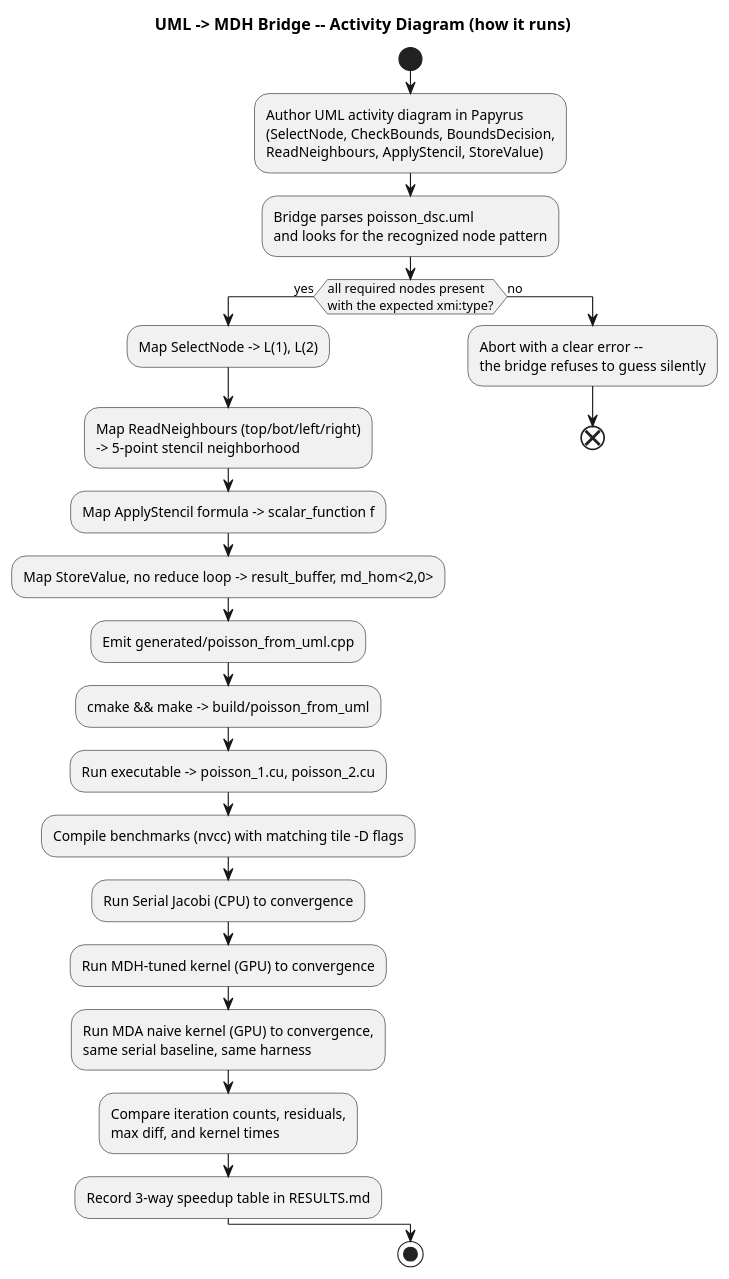
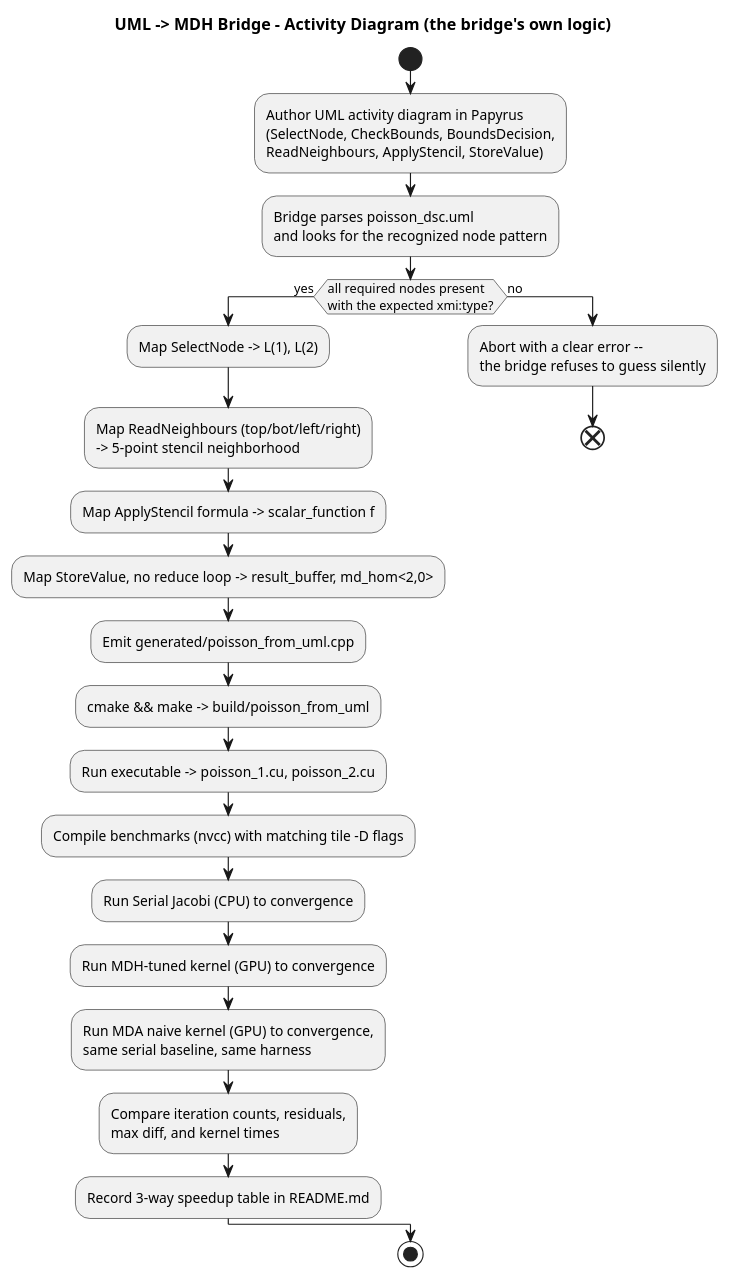
Before and after one commit to rahim-druba/mda-mdh-integration: the second of 3 diagrams in diagrams/pipeline.puml, drawn with PlantUML. The commit also changed other lines of this file and 1 other file, not shown here.

First line of the commit message:
Add a full-picture Component diagram and a Sequence diagram with lifelines

```diff
--- a/diagrams/pipeline.puml
+++ b/diagrams/pipeline.puml
@@ -47,28 +70,28 @@
 @startuml Pipeline_Activity
-title UML -> MDH Bridge -- Activity Diagram (how it runs)
+title UML -> MDH Bridge - Activity Diagram (the bridge's own logic)
 
 start
 :Author UML activity diagram in Papyrus\n(SelectNode, CheckBounds, BoundsDecision,\nReadNeighbours, ApplyStencil, StoreValue);
 :Bridge parses poisson_dsc.uml\nand looks for the recognized node pattern;
 
 if (all required nodes present\nwith the expected xmi:type?) then (yes)
   :Map SelectNode -> L(1), L(2);
   :Map ReadNeighbours (top/bot/left/right)\n-> 5-point stencil neighborhood;
   :Map ApplyStencil formula -> scalar_function f;
   :Map StoreValue, no reduce loop -> result_buffer, md_hom<2,0>;
   :Emit generated/poisson_from_uml.cpp;
   :cmake && make -> build/poisson_from_uml;
   :Run executable -> poisson_1.cu, poisson_2.cu;
   :Compile benchmarks (nvcc) with matching tile -D flags;
   :Run Serial Jacobi (CPU) to convergence;
   :Run MDH-tuned kernel (GPU) to convergence;
   :Run MDA naive kernel (GPU) to convergence,\nsame serial baseline, same harness;
   :Compare iteration counts, residuals,\nmax diff, and kernel times;
-  :Record 3-way speedup table in RESULTS.md;
+  :Record 3-way speedup table in README.md;
 else (no)
   :Abort with a clear error --\nthe bridge refuses to guess silently;
   end
 endif
 stop
 
 @enduml
```
